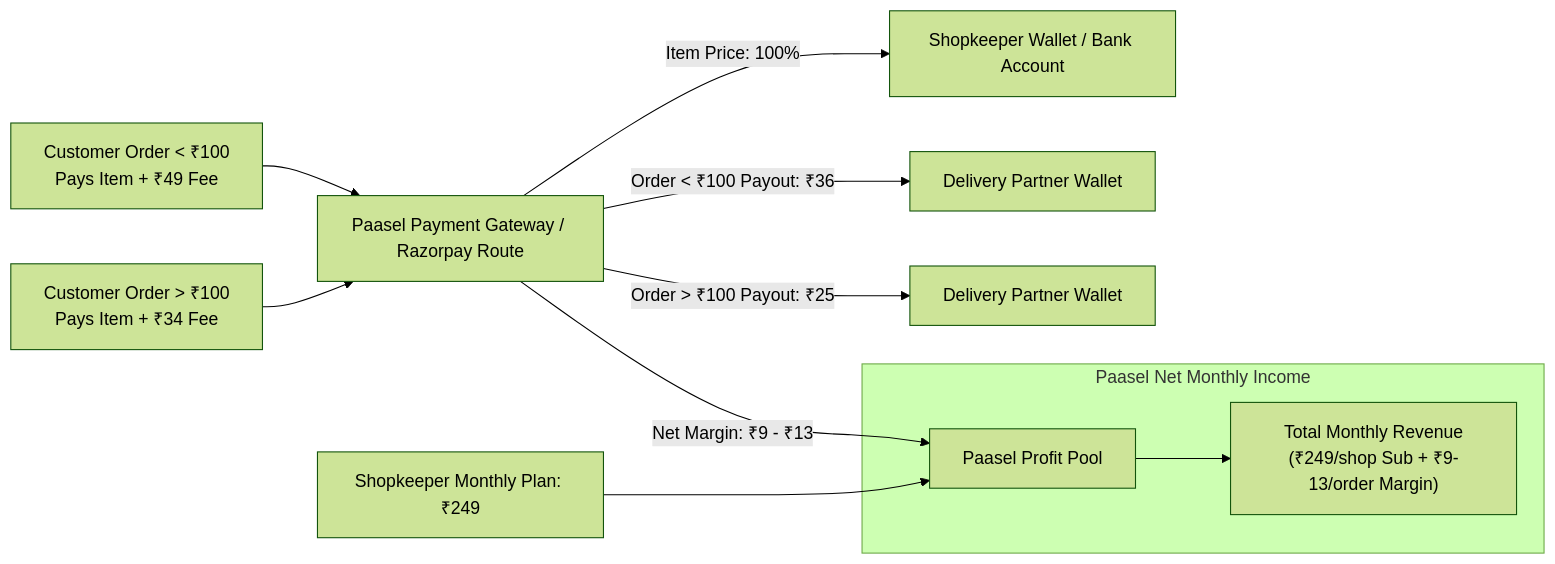
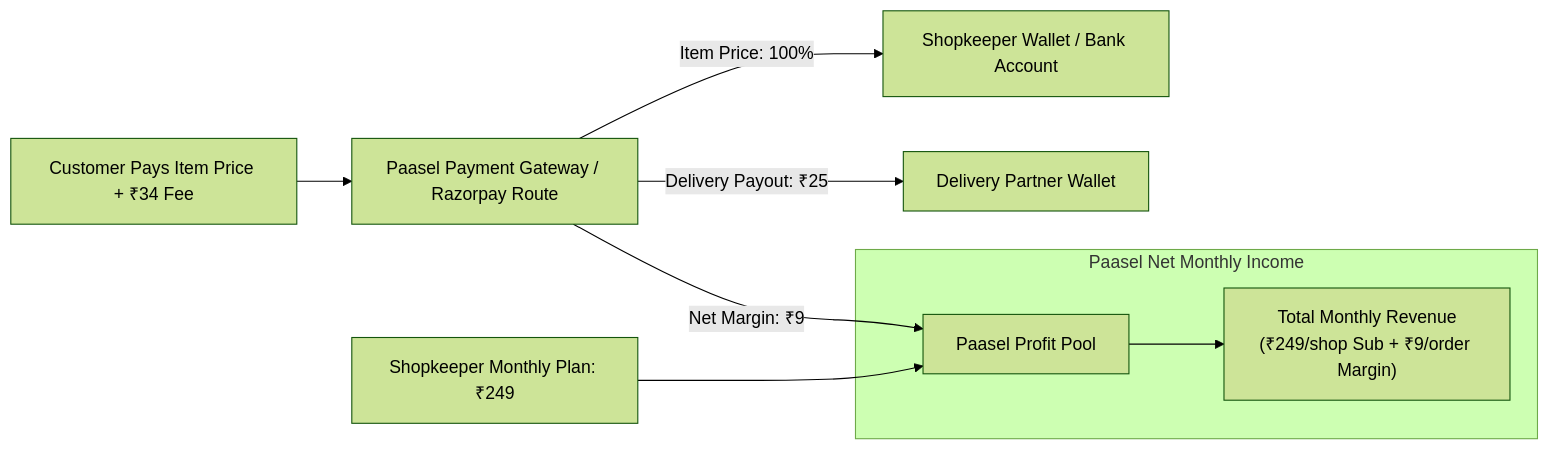
One commit to amangovindrao/passel changed the third of 3 diagrams in PAASEL_PROJECT_OVERVIEW.md. Above: the diagram before and after it, drawn with Mermaid (forest theme). The commit also changed other lines of this file and 1 other file, not shown here.

Commit message:
docs: update fee model to flat ₹34 delivery fee (₹25 rider payout, ₹9 platform) & add Free Delivery promo note

````diff
--- a/PAASEL_PROJECT_OVERVIEW.md
+++ b/PAASEL_PROJECT_OVERVIEW.md
@@ -203,16 +197,14 @@
 ```mermaid
 graph LR
-    C1[Customer Order < ₹100<br/>Pays Item + ₹49 Fee] --> P[Paasel Payment Gateway / Razorpay Route]
-    C2[Customer Order > ₹100<br/>Pays Item + ₹34 Fee] --> P
+    C[Customer Pays Item Price + ₹34 Fee] --> P[Paasel Payment Gateway / Razorpay Route]
     
     P -->|Item Price: 100%| S[Shopkeeper Wallet / Bank Account]
-    P -->|Order < ₹100 Payout: ₹36| D1[Delivery Partner Wallet]
-    P -->|Order > ₹100 Payout: ₹25| D2[Delivery Partner Wallet]
-    P -->|Net Margin: ₹9 - ₹13| Profit[Paasel Profit Pool]
+    P -->|Delivery Payout: ₹25| D[Delivery Partner Wallet]
+    P -->|Net Margin: ₹9| Profit[Paasel Profit Pool]
 
     ShopSub[Shopkeeper Monthly Plan: ₹249] --> Profit
 
     subgraph Paasel Net Monthly Income
-        Profit --> TotalEarnings["Total Monthly Revenue<br/>(₹249/shop Sub + ₹9-13/order Margin)"]
+        Profit --> TotalEarnings["Total Monthly Revenue<br/>(₹249/shop Sub + ₹9/order Margin)"]
     end
 ```
````
